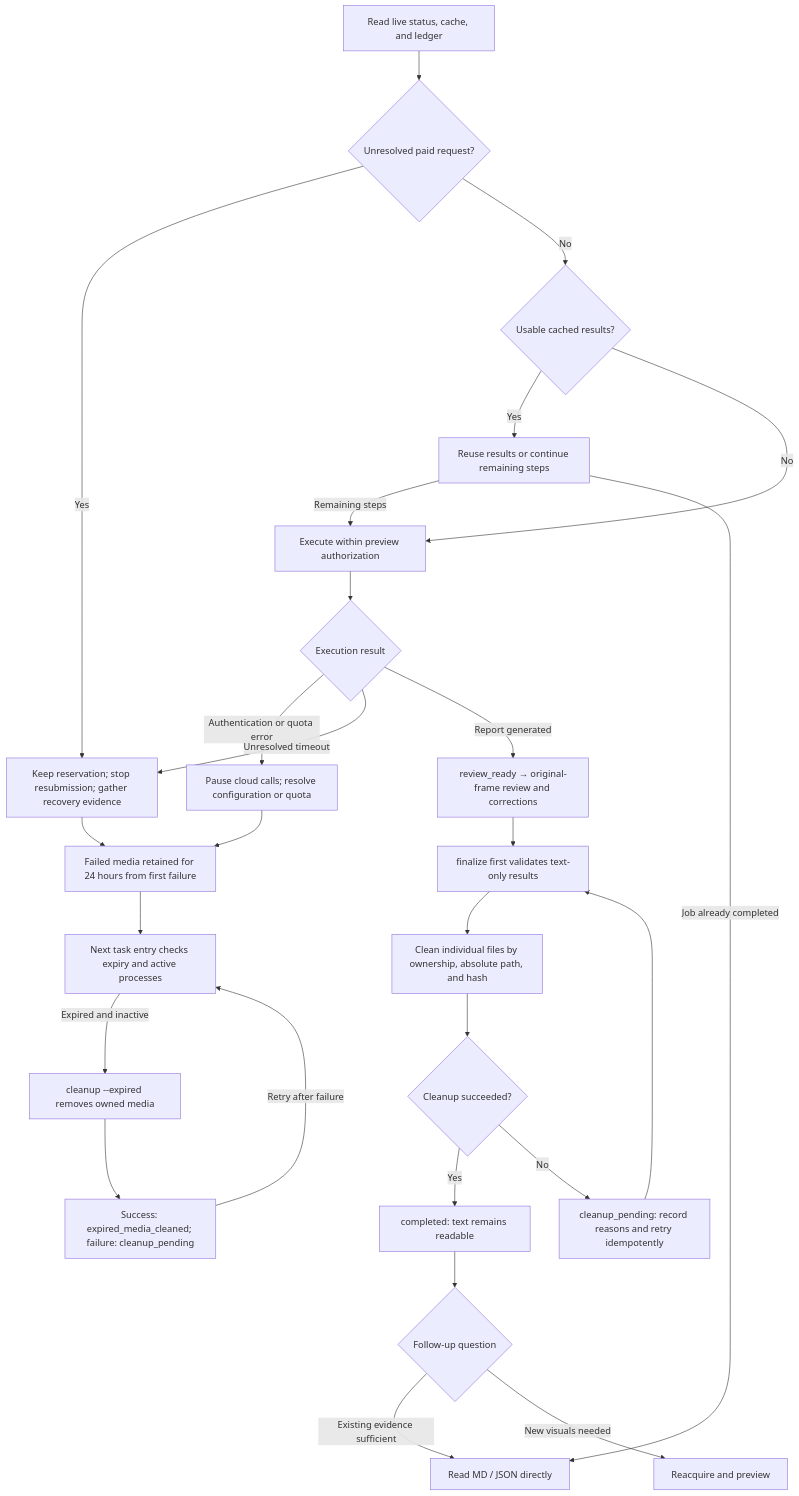
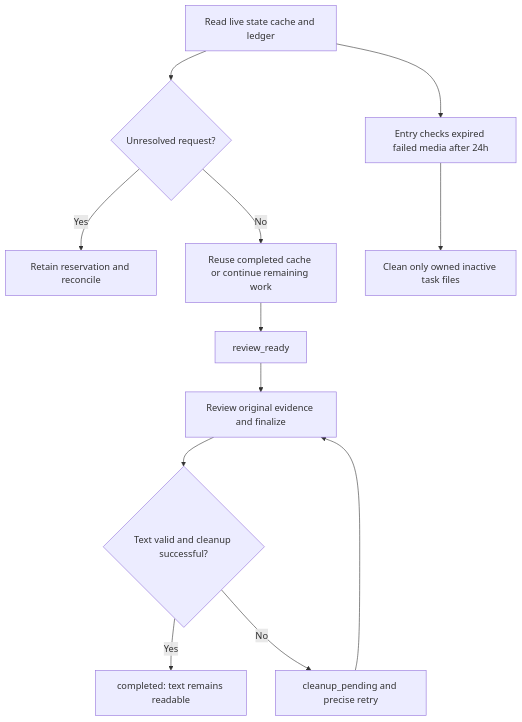
The fifth of 5 diagrams in README.en.md (HNNUYUXUAN/douyin-agent), drawn with Mermaid before and after one commit. The commit also changed other lines of this file and 61 other files, not shown here.

````diff
--- a/README.en.md
+++ b/README.en.md
@@ -186,29 +95,14 @@
 ```mermaid
 flowchart TD
-  A["Read live status, cache, and ledger"] --> B{"Unresolved paid request?"}
-  B -->|Yes| C["Keep reservation; stop resubmission; gather recovery evidence"]
-  B -->|No| D{"Usable cached results?"}
-  D -->|Yes| E["Reuse results or continue remaining steps"]
-  D -->|No| F["Execute within preview authorization"]
-  E -->|Remaining steps| F
-  E -->|Job already completed| R
-  F --> G{"Execution result"}
-  G -->|Authentication or quota error| H["Pause cloud calls; resolve configuration or quota"]
-  G -->|Unresolved timeout| C
-  G -->|Report generated| I["review_ready → original-frame review and corrections"]
-  I --> J["finalize first validates text-only results"]
-  J --> K["Clean individual files by ownership, absolute path, and hash"]
-  K --> L{"Cleanup succeeded?"}
-  L -->|Yes| M["completed: text remains readable"]
-  L -->|No| N["cleanup_pending: record reasons and retry idempotently"]
-  N --> J
-  H --> O["Failed media retained for 24 hours from first failure"]
-  C --> O
-  O --> P["Next task entry checks expiry and active processes"]
-  P -->|Expired and inactive| X["cleanup --expired removes owned media"]
-  X --> Y["Success: expired_media_cleaned; failure: cleanup_pending"]
-  Y -->|Retry after failure| P
-  M --> Q{"Follow-up question"}
-  Q -->|Existing evidence sufficient| R["Read MD / JSON directly"]
-  Q -->|New visuals needed| S["Reacquire and preview"]
+A[Read live state cache and ledger] --> B{Unresolved request?}
+B -->|Yes| C[Retain reservation and reconcile]
+B -->|No| D[Reuse completed cache or continue remaining work]
+D --> E[review_ready]
+E --> F[Review original evidence and finalize]
+F --> G{Text valid and cleanup successful?}
+G -->|Yes| H[completed: text remains readable]
+G -->|No| I[cleanup_pending and precise retry]
+I --> F
+A --> J[Entry checks expired failed media after 24h]
+J --> K[Clean only owned inactive task files]
 ```
````
